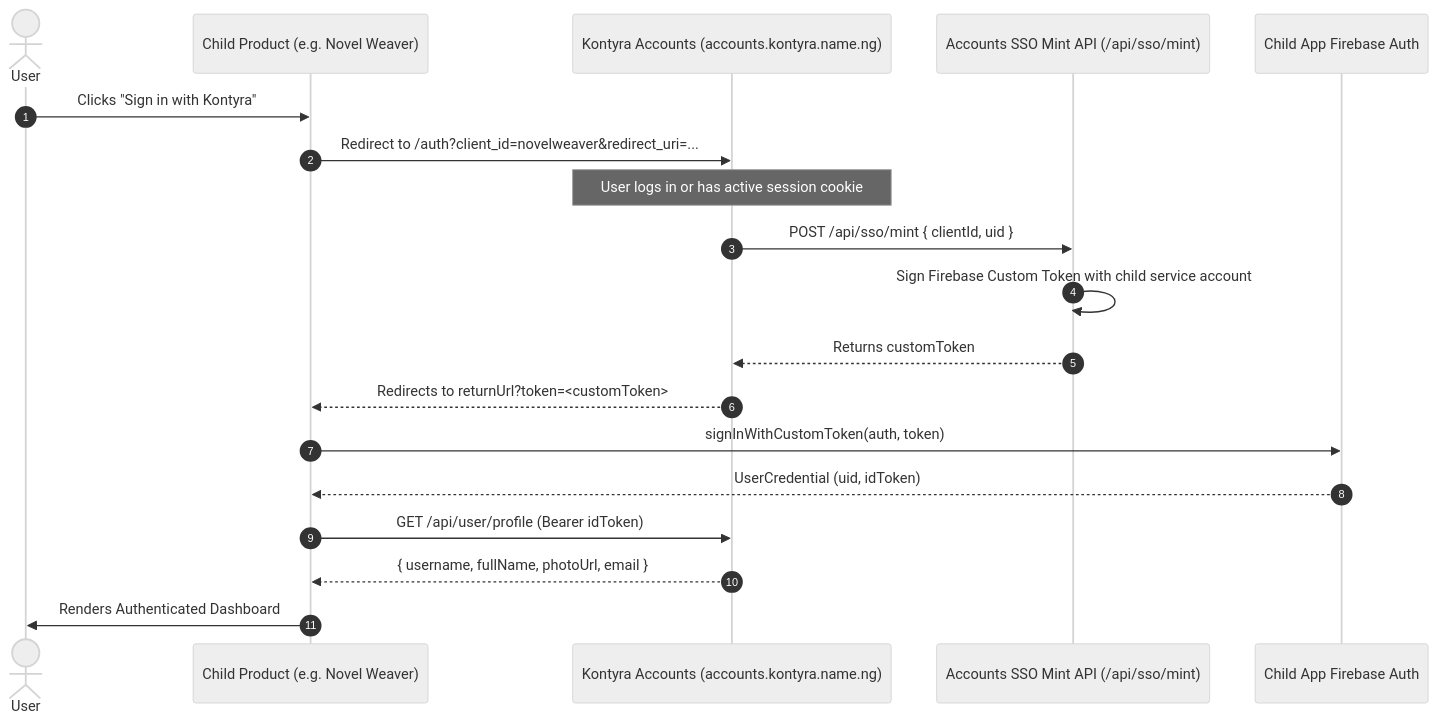
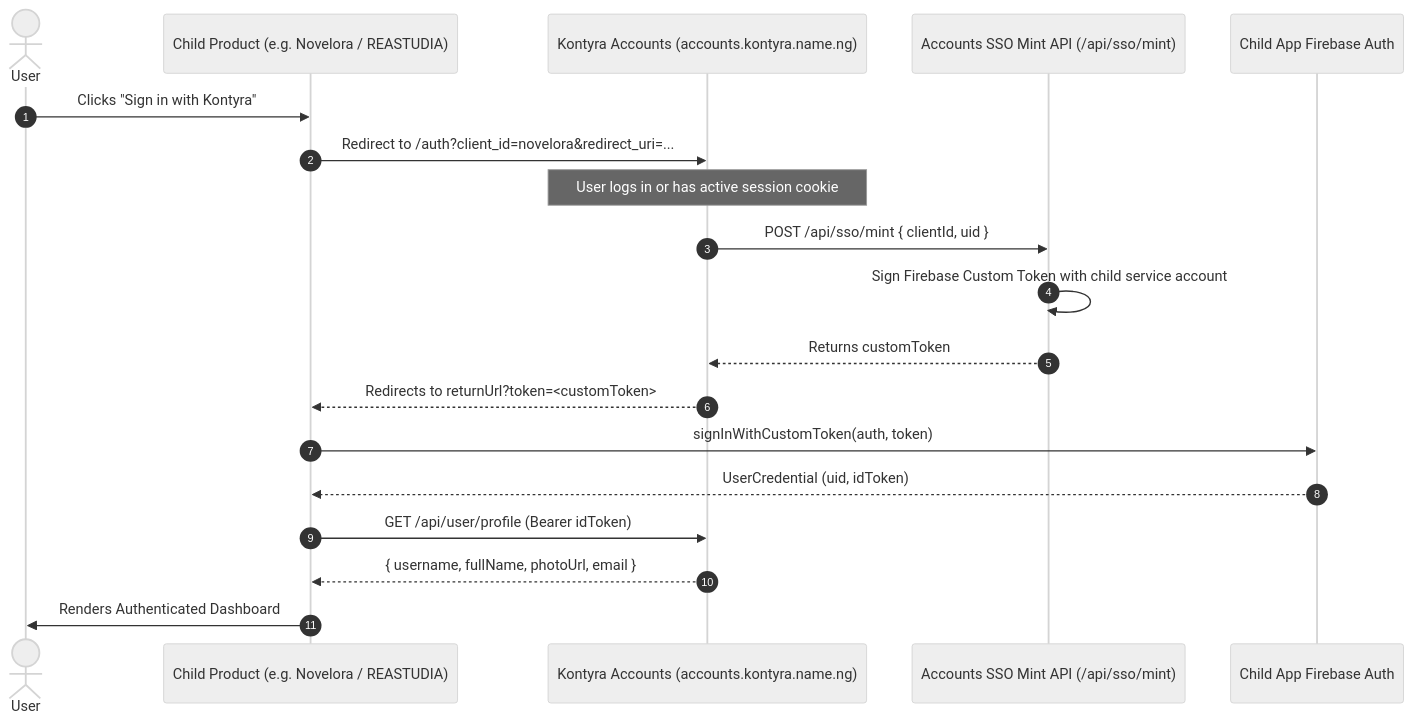
The first of 2 diagrams in standards/01-identity-and-sso.md (RayBen445/Kontyra-brand), drawn with Mermaid (neutral theme) before and after one commit. The commit also changed other lines of this file and 20 other files, not shown here.

````diff
--- a/standards/01-identity-and-sso.md
+++ b/standards/01-identity-and-sso.md
@@ -20,22 +20,22 @@
 ```mermaid
 sequenceDiagram
     autonumber
     actor User as User
-    participant App as Child Product (e.g. Novel Weaver)
+    participant App as Child Product (e.g. Novelora / REASTUDIA)
     participant SSO as Kontyra Accounts (accounts.kontyra.name.ng)
     participant AuthAPI as Accounts SSO Mint API (/api/sso/mint)
     participant Firebase as Child App Firebase Auth
 
     User->>App: Clicks "Sign in with Kontyra"
-    App->>SSO: Redirect to /auth?client_id=novelweaver&redirect_uri=...
+    App->>SSO: Redirect to /auth?client_id=novelora&redirect_uri=...
     Note over SSO: User logs in or has active session cookie
     SSO->>AuthAPI: POST /api/sso/mint { clientId, uid }
     AuthAPI->>AuthAPI: Sign Firebase Custom Token with child service account
     AuthAPI-->>SSO: Returns customToken
     SSO-->>App: Redirects to returnUrl?token=<customToken>
     App->>Firebase: signInWithCustomToken(auth, token)
     Firebase-->>App: UserCredential (uid, idToken)
     App->>SSO: GET /api/user/profile (Bearer idToken)
     SSO-->>App: { username, fullName, photoUrl, email }
     App->>User: Renders Authenticated Dashboard
 ```
````
